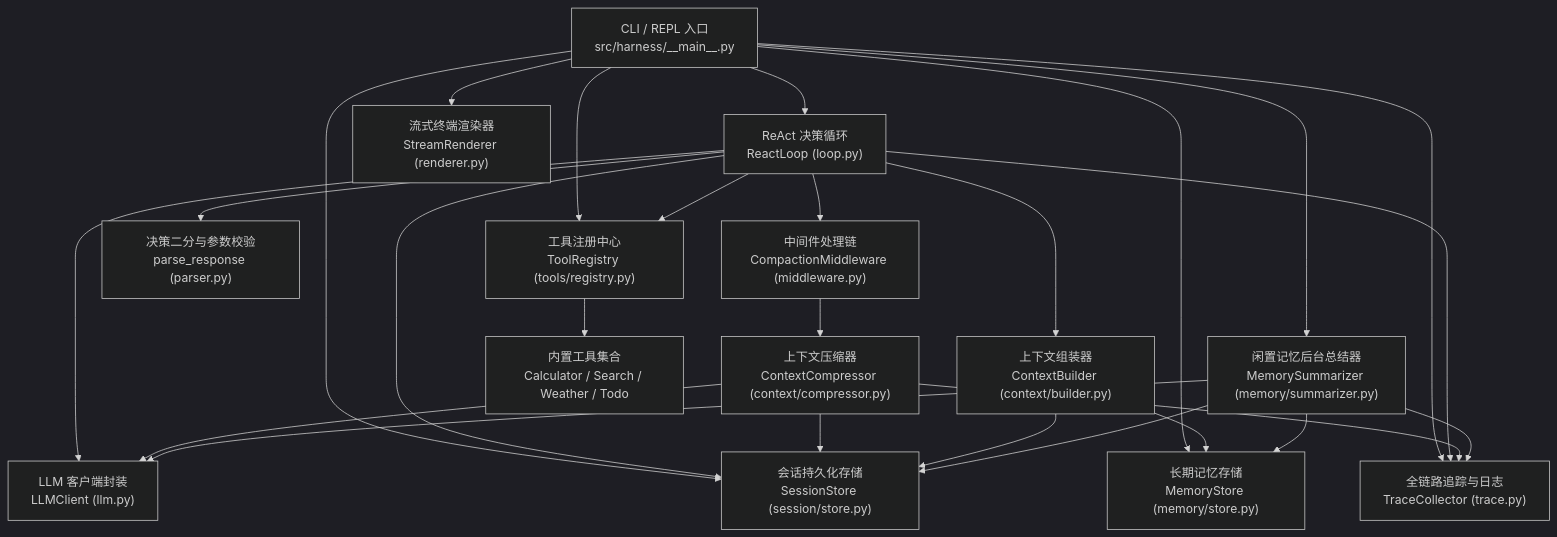
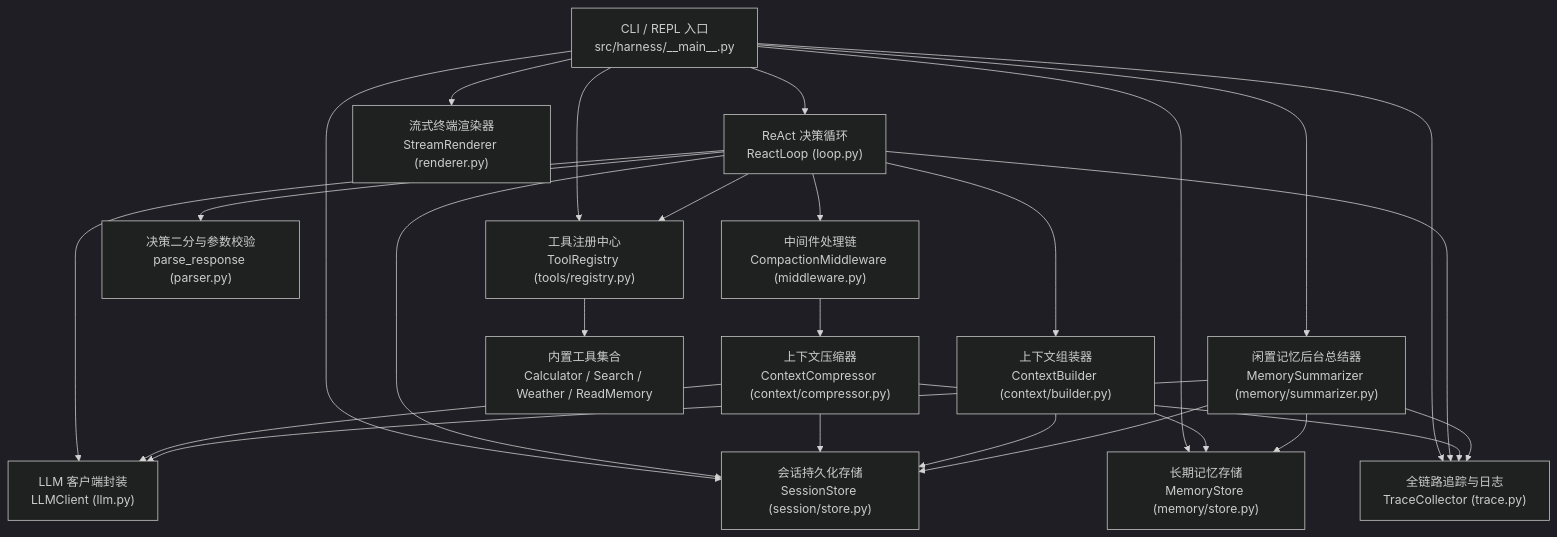
The first of 2 diagrams in CODEGRAPH.md (Harry-Hz-Zhang/guang-chen-agent-harness-test), drawn with Mermaid (dark theme) before and after one commit. The commit also changed other lines of this file and 7 other files, not shown here.

First line of the commit message:
refactor(tools): slim calculator to ast whitelist, remove todo tool

````diff
--- a/CODEGRAPH.md
+++ b/CODEGRAPH.md
@@ -14,33 +14,33 @@
 ```mermaid
 graph TD
     CLI["CLI / REPL 入口<br/>src/harness/__main__.py"] --> Loop["ReAct 决策循环<br/>ReactLoop (loop.py)"]
     CLI --> Renderer["流式终端渲染器<br/>StreamRenderer (renderer.py)"]
     CLI --> Sessions["会话持久化存储<br/>SessionStore (session/store.py)"]
     CLI --> Memory["长期记忆存储<br/>MemoryStore (memory/store.py)"]
     CLI --> Summarizer["闲置记忆后台总结器<br/>MemorySummarizer (memory/summarizer.py)"]
     CLI --> Registry["工具注册中心<br/>ToolRegistry (tools/registry.py)"]
     CLI --> Trace["全链路追踪与日志<br/>TraceCollector (trace.py)"]
 
     Loop --> LLM["LLM 客户端封装<br/>LLMClient (llm.py)"]
     Loop --> Parser["决策二分与参数校验<br/>parse_response (parser.py)"]
     Loop --> Builder["上下文组装器<br/>ContextBuilder (context/builder.py)"]
     Loop --> Middleware["中间件处理链<br/>CompactionMiddleware (middleware.py)"]
     Loop --> Registry
     Loop --> Sessions
     Loop --> Trace
 
     Middleware --> Compressor["上下文压缩器<br/>ContextCompressor (context/compressor.py)"]
     Compressor --> Sessions
     Compressor --> LLM
     Compressor --> Trace
 
     Builder --> Sessions
     Builder --> Memory
 
     Summarizer --> Sessions
     Summarizer --> Memory
     Summarizer --> LLM
     Summarizer --> Trace
 
-    Registry --> BuiltinTools["内置工具集合<br/>Calculator / Search / Weather / Todo"]
+    Registry --> BuiltinTools["内置工具集合<br/>Calculator / Search / Weather / ReadMemory"]
 ```
````
